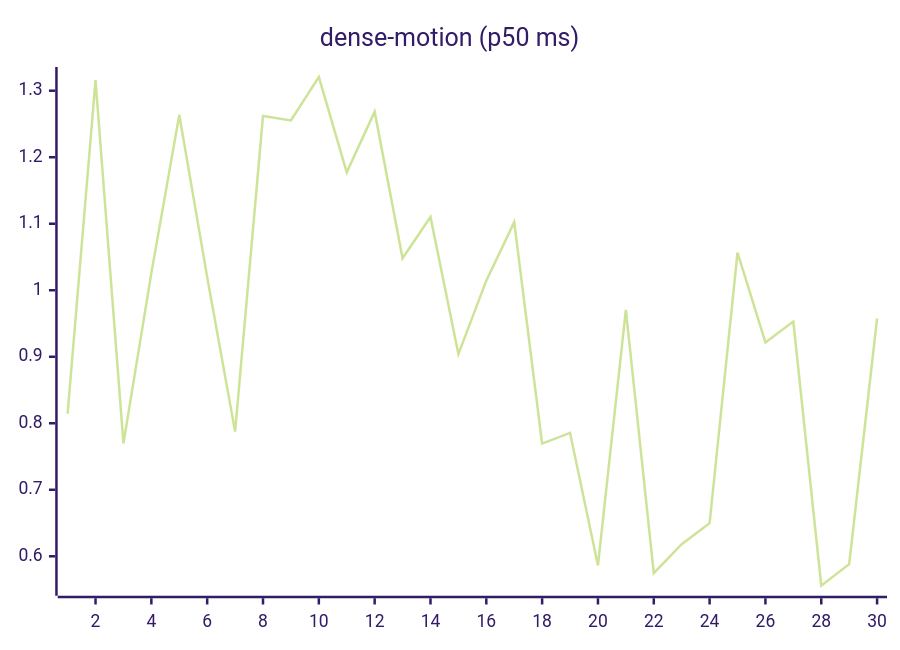
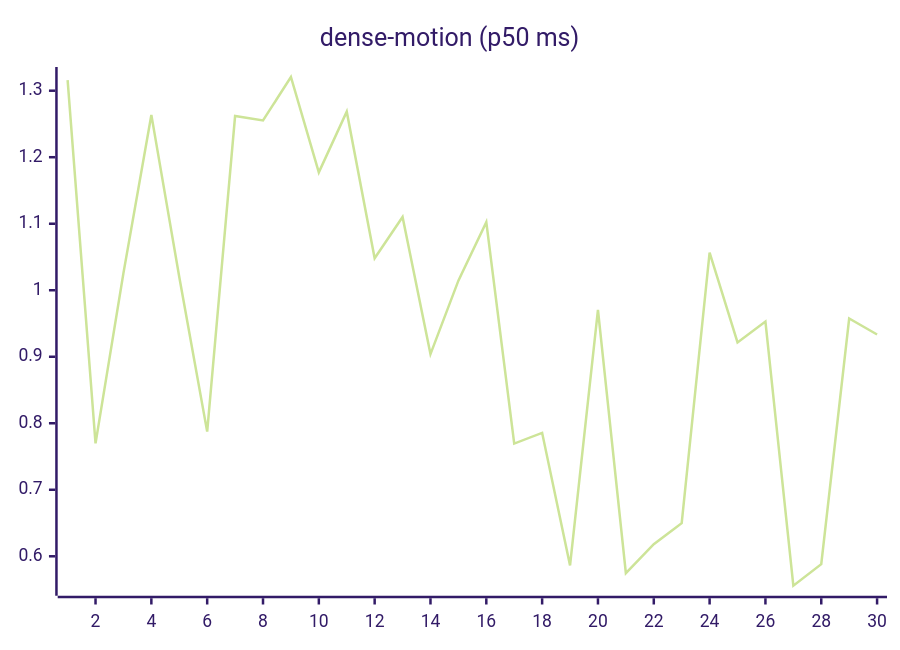
One commit to josha/Facet changed the ninth of 27 diagrams in README.md. Above: the diagram before and after it, drawn with Mermaid (forest theme). The commit also changed other lines of this file and 2 other files, not shown here.

````diff
--- a/README.md
+++ b/README.md
@@ -119,6 +119,6 @@
 ```mermaid
 xychart-beta
     title "dense-motion (p50 ms)"
     x-axis 1 --> 30
-    line [0.8144, 1.3160, 0.7697, 1.0258, 1.2636, 1.0200, 0.7874, 1.2619, 1.2553, 1.3206, 1.1772, 1.2685, 1.0480, 1.1102, 0.9040, 1.0144, 1.1023, 0.7695, 0.7856, 0.5862, 0.9706, 0.5746, 0.6181, 0.6498, 1.0567, 0.9215, 0.9530, 0.5557, 0.5881, 0.9575]
+    line [1.3160, 0.7697, 1.0258, 1.2636, 1.0200, 0.7874, 1.2619, 1.2553, 1.3206, 1.1772, 1.2685, 1.0480, 1.1102, 0.9040, 1.0144, 1.1023, 0.7695, 0.7856, 0.5862, 0.9706, 0.5746, 0.6181, 0.6498, 1.0567, 0.9215, 0.9530, 0.5557, 0.5881, 0.9575, 0.9335]
 ```
````
